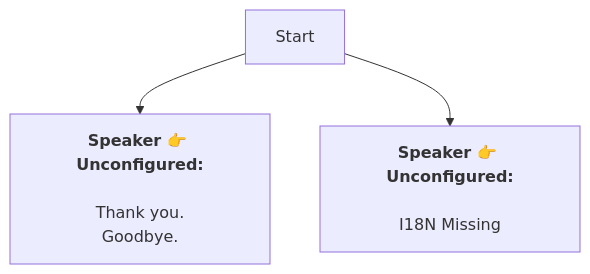
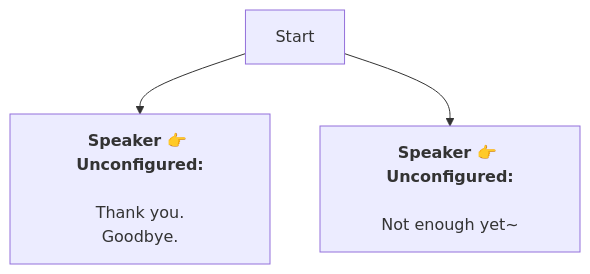
The diagram in En/QuestNPCDeliveryENode_1747047147014397.md (SoftHu/tos_avg), drawn with Mermaid before and after one commit. The commit also changed 199 other files, not shown here.

````diff
--- a/En/QuestNPCDeliveryENode_1747047147014397.md
+++ b/En/QuestNPCDeliveryENode_1747047147014397.md
@@ -1,11 +1,11 @@
 ```mermaid
 graph
 Start -->1747047181354242[<b>Speaker 👉 Unconfigured:</b>
 
 Thank you.
 Goodbye.]
 Start -->1756336692089353[<b>Speaker 👉 Unconfigured:</b>
 
-I18N Missing]
+Not enough yet~]
 
  ```
````
